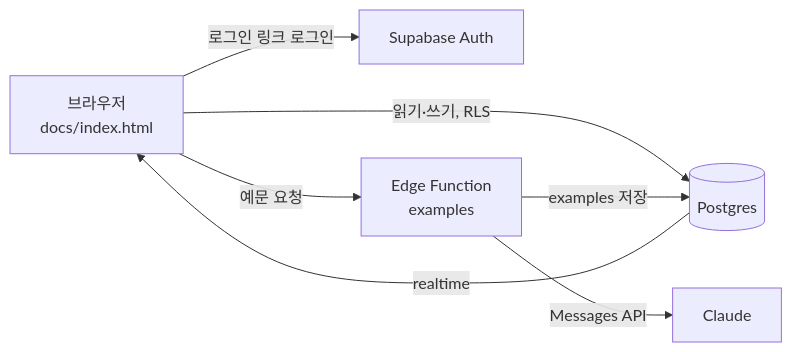
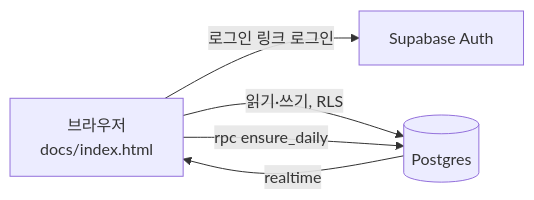
Before and after one commit to GooseyBee/root-register: the diagram in README.md, drawn with Mermaid. The commit also changed other lines of this file and 6 other files, not shown here.

````diff
--- a/README.md
+++ b/README.md
@@ -30,9 +32,7 @@
 ```mermaid
 flowchart LR
   B[브라우저<br/>docs/index.html] -->|로그인 링크 로그인| A[Supabase Auth]
   B -->|읽기·쓰기, RLS| D[(Postgres)]
   D -->|realtime| B
-  B -->|예문 요청| F[Edge Function<br/>examples]
-  F -->|Messages API| C[Claude]
-  F -->|examples 저장| D
+  B -->|rpc ensure_daily| D
 ```
````
